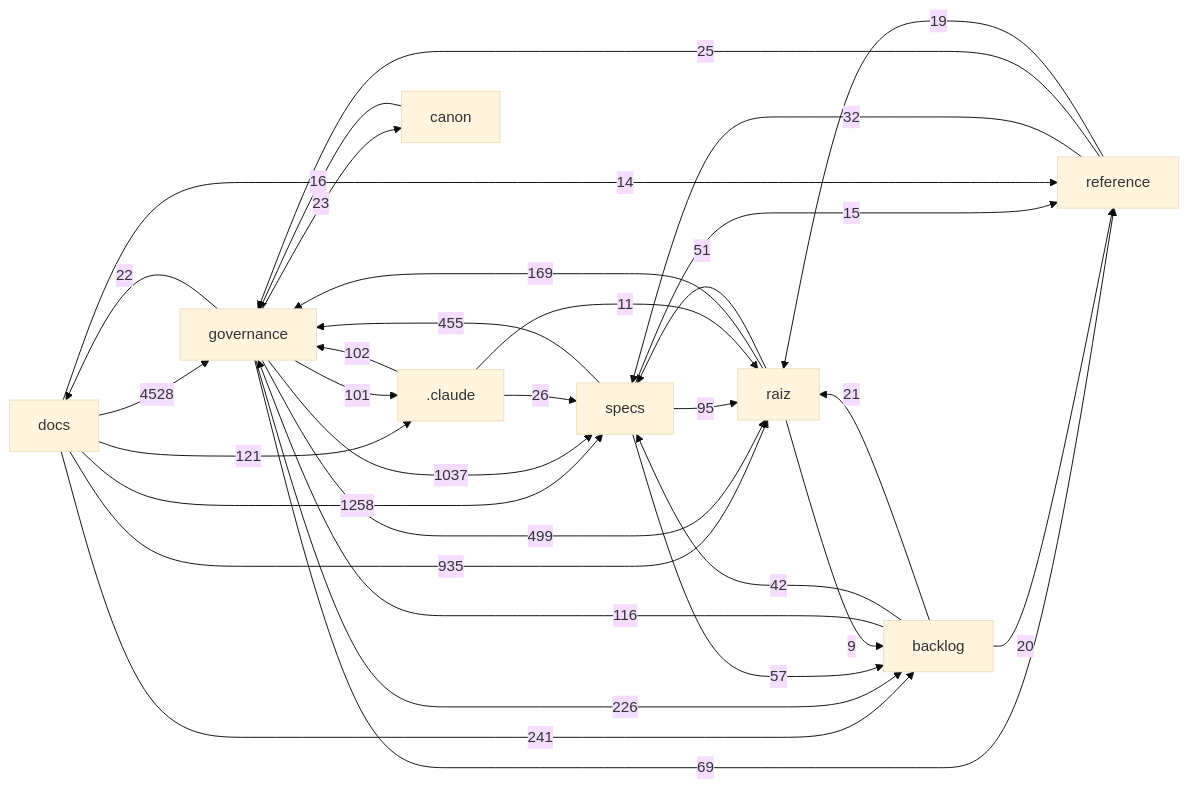
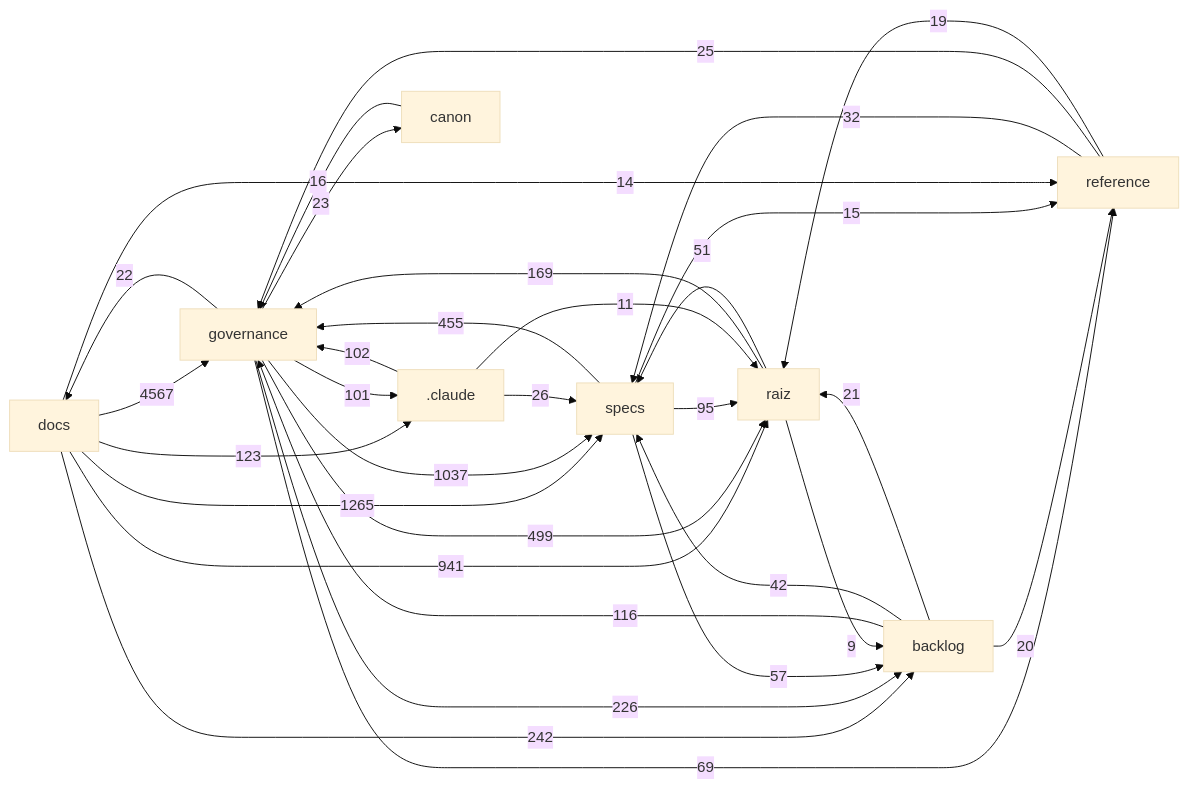
Before and after one commit to Andraus35/Sistema-Operacional-de-Trading--SOT: the diagram in docs/mapa/MAPA-PROJETO.md, drawn with Mermaid (base theme). The commit also changed other lines of this file and 2 other files, not shown here.

````diff
--- a/docs/mapa/MAPA-PROJETO.md
+++ b/docs/mapa/MAPA-PROJETO.md
@@ -29,34 +29,34 @@
 ```mermaid
 flowchart LR
-  docs["docs"] -->|4528| governance["governance"]
-  docs["docs"] -->|1258| specs["specs"]
+  docs["docs"] -->|4567| governance["governance"]
+  docs["docs"] -->|1265| specs["specs"]
   governance["governance"] -->|1037| specs["specs"]
-  docs["docs"] -->|935| raiz["raiz"]
+  docs["docs"] -->|941| raiz["raiz"]
   governance["governance"] -->|499| raiz["raiz"]
   specs["specs"] -->|455| governance["governance"]
-  docs["docs"] -->|241| backlog["backlog"]
+  docs["docs"] -->|242| backlog["backlog"]
   governance["governance"] -->|226| backlog["backlog"]
   raiz["raiz"] -->|169| governance["governance"]
-  docs["docs"] -->|121| _claude[".claude"]
+  docs["docs"] -->|123| _claude[".claude"]
   backlog["backlog"] -->|116| governance["governance"]
   _claude[".claude"] -->|102| governance["governance"]
   governance["governance"] -->|101| _claude[".claude"]
   specs["specs"] -->|95| raiz["raiz"]
   governance["governance"] -->|69| reference["reference"]
   specs["specs"] -->|57| backlog["backlog"]
   raiz["raiz"] -->|51| specs["specs"]
   backlog["backlog"] -->|42| specs["specs"]
   reference["reference"] -->|32| specs["specs"]
   _claude[".claude"] -->|26| specs["specs"]
   reference["reference"] -->|25| governance["governance"]
   governance["governance"] -->|23| canon["canon"]
   governance["governance"] -->|22| docs["docs"]
   backlog["backlog"] -->|21| raiz["raiz"]
   backlog["backlog"] -->|20| reference["reference"]
   reference["reference"] -->|19| raiz["raiz"]
   canon["canon"] -->|16| governance["governance"]
   specs["specs"] -->|15| reference["reference"]
   docs["docs"] -->|14| reference["reference"]
   _claude[".claude"] -->|11| raiz["raiz"]
   raiz["raiz"] -->|9| backlog["backlog"]
 ```
````
